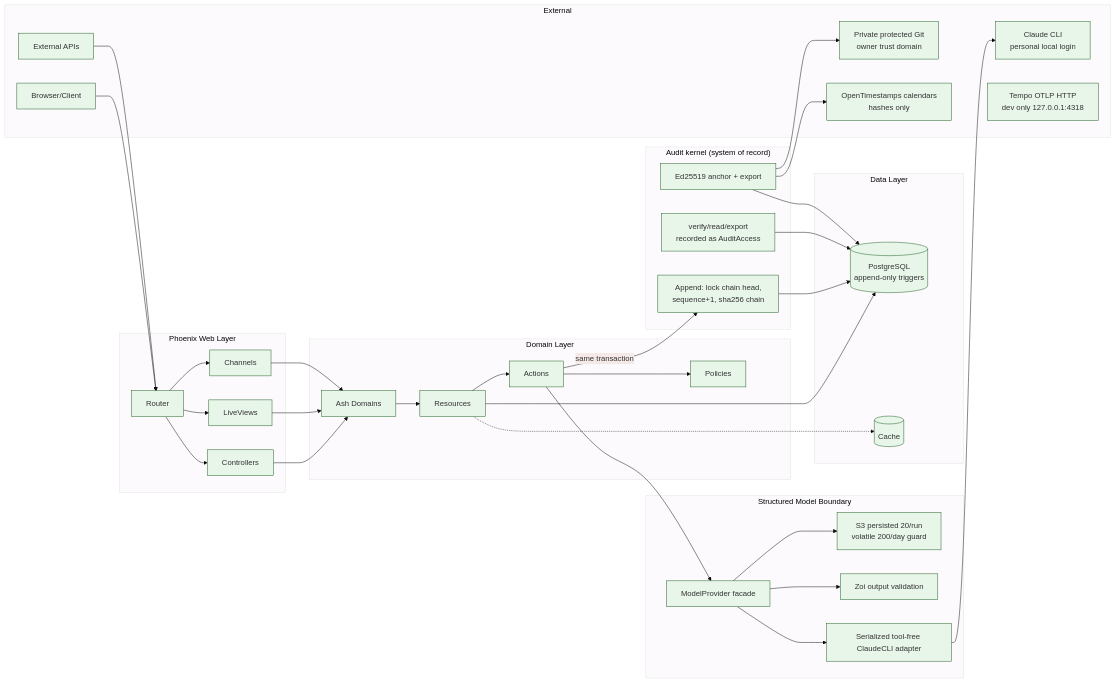
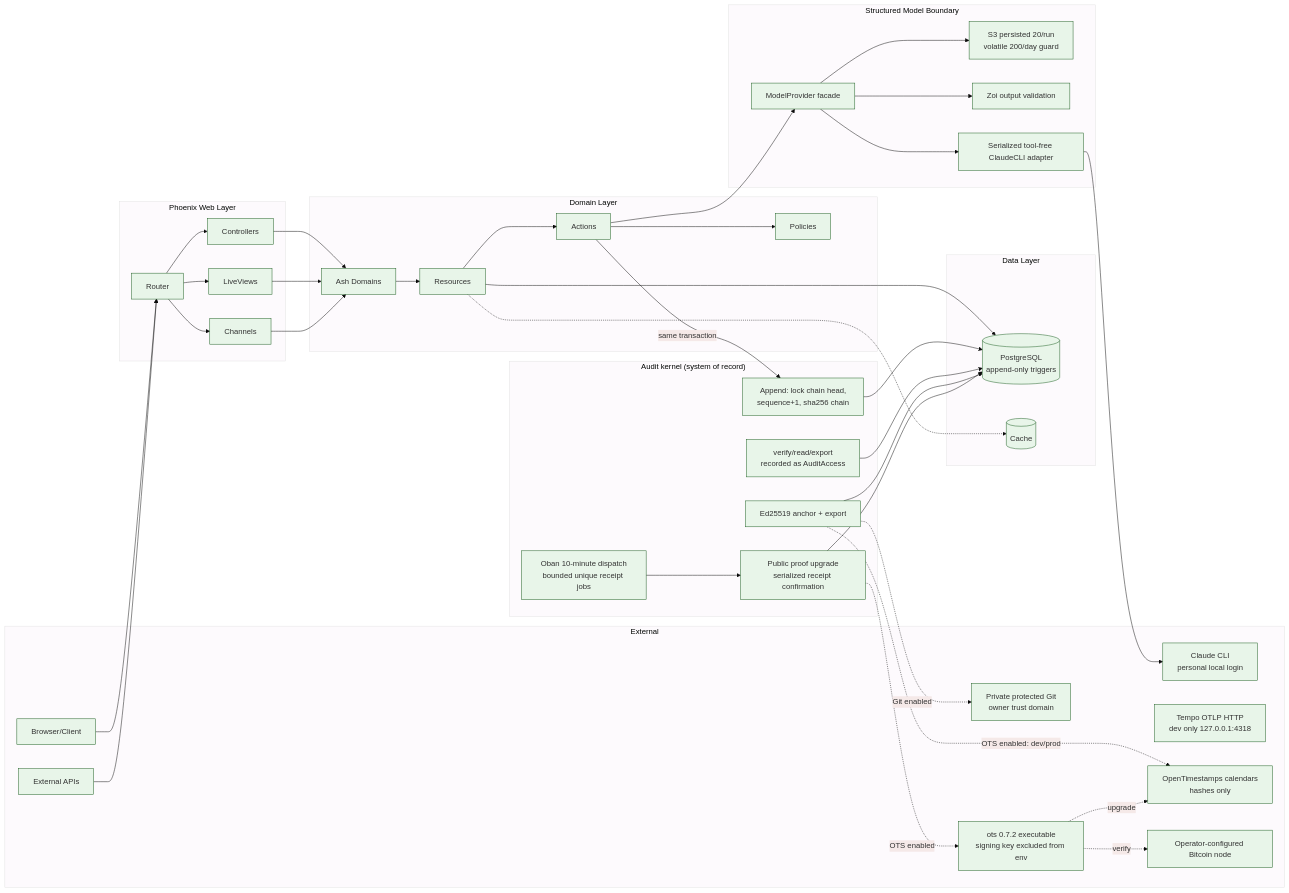
The diagram in docs/architecture/data-flow.mmd (chops/sdr_agent), drawn with Mermaid before and after one commit. The commit also changed 16 other files, not shown here.

Commit message:
Enable OTS anchoring and bounded proof upgrades

```diff
--- a/docs/architecture/data-flow.mmd
+++ b/docs/architecture/data-flow.mmd
@@ -1,71 +1,80 @@
 %%{init: {'theme': 'base', 'themeVariables': { 'primaryColor': '#e8f5e9', 'primaryBorderColor': '#1b5e20'}}}%%
 flowchart LR
     subgraph External["External"]
         Browser[Browser/Client]
         API[External APIs]
         Claude[Claude CLI<br/>personal local login]
         Tempo[Tempo OTLP HTTP<br/>dev only 127.0.0.1:4318]
         AnchorGit[Private protected Git<br/>owner trust domain]
         OTS[OpenTimestamps calendars<br/>hashes only]
+        OTSCLI[ots 0.7.2 executable<br/>signing key excluded from env]
+        Bitcoin[Operator-configured Bitcoin node]
     end
 
     subgraph Web["Phoenix Web Layer"]
         Router[Router]
         Controllers[Controllers]
         LiveViews[LiveViews]
         Channels[Channels]
     end
 
     subgraph Domain["Domain Layer"]
         Domains[Ash Domains]
         Resources[Resources]
         Actions[Actions]
         Policies[Policies]
     end
 
     subgraph Data["Data Layer"]
         Postgres[(PostgreSQL<br/>append-only triggers)]
         Cache[(Cache)]
     end
 
     subgraph AuditKernel["Audit kernel (system of record)"]
         Append[Append: lock chain head,<br/>sequence+1, sha256 chain]
         Verify[verify/read/export<br/>recorded as AuditAccess]
         Anchor[Ed25519 anchor + export]
+        Upgrade[Public proof upgrade<br/>serialized receipt confirmation]
+        UpgradeJobs[Oban 10-minute dispatch<br/>bounded unique receipt jobs]
     end
 
     subgraph AI["Structured Model Boundary"]
         Provider[ModelProvider facade]
         Budget[S3 persisted 20/run<br/>volatile 200/day guard]
         Validation[Zoi output validation]
         Adapter[Serialized tool-free ClaudeCLI adapter]
     end
 
     Browser --> Router
     API --> Router
     Router --> Controllers
     Router --> LiveViews
     Router --> Channels
     Controllers --> Domains
     LiveViews --> Domains
     Channels --> Domains
     Domains --> Resources
     Resources --> Actions
     Actions --> Policies
     Resources --> Postgres
     Actions -- same transaction --> Append
     Append --> Postgres
     Verify --> Postgres
     Anchor --> Postgres
-    Anchor --> AnchorGit
-    Anchor --> OTS
+    Anchor -. Git enabled .-> AnchorGit
+    Anchor -. OTS enabled: dev/prod .-> OTS
+    UpgradeJobs --> Upgrade
+    Upgrade --> Postgres
+    Upgrade -. OTS enabled .-> OTSCLI
+    OTSCLI -. upgrade .-> OTS
+    OTSCLI -. verify .-> Bitcoin
     Actions --> Provider
     Provider --> Budget
     Provider --> Validation
     Provider --> Adapter
     Adapter --> Claude
     Resources -.-> Cache
 
     %% Project shape: single
     %% Detected data layers:
     %% - AshPostgres (PostgreSQL)
```
